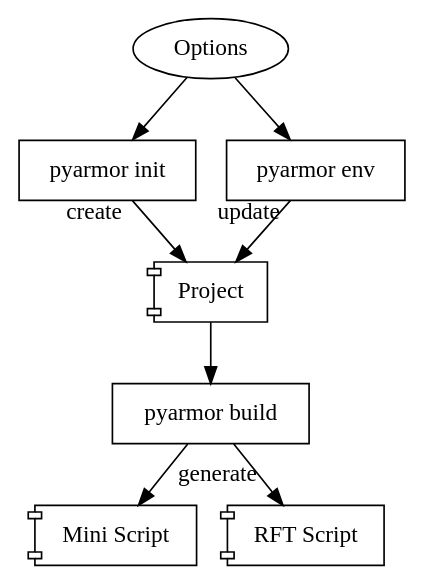
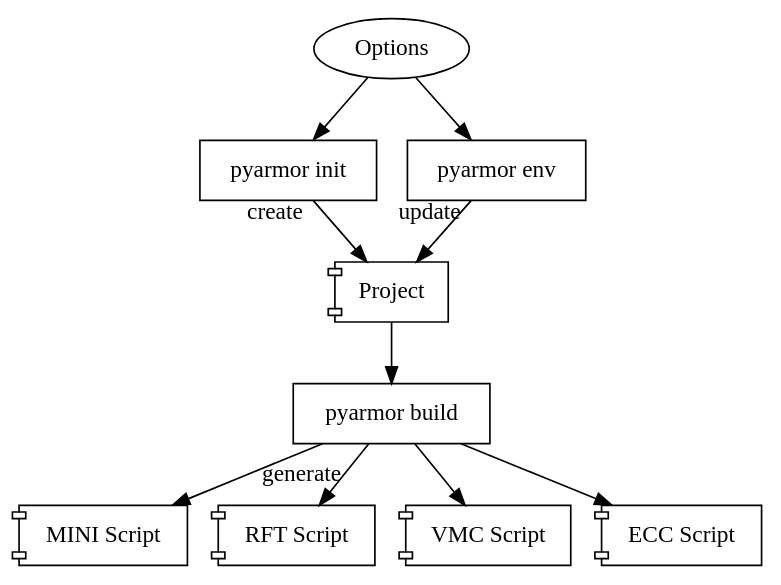
Before and after one commit to dashingsoft/dashingsoft.github.io: the third of 3 diagrams in pyarmor/docs/en/user/concepts.rst, drawn with Graphviz. The commit also changed other lines of this file and 7 other files, not shown here.

Commit message:
Doc vmc and ecc script

```diff
--- a/pyarmor/docs/en/user/concepts.rst
+++ b/pyarmor/docs/en/user/concepts.rst
@@ -106,28 +221,32 @@
 .. graphviz::
    :align: center
    :caption: Command Relations
    :name: command-relation-graph
 
    digraph Structure {
 
      P1 [label="Project" shape=component]
 
      C1 [label="pyarmor init" shape=rect]
      C2 [label="pyarmor env" shape=rect]
      C3 [label="pyarmor build" shape=rect]
 
      X1 [label="Options"]
 
-     S1 [label="Mini Script" shape=component]
+     S1 [label="MINI Script" shape=component]
      S2 [label="RFT Script" shape=component]
+     S3 [label="VMC Script" shape=component]
+     S4 [label="ECC Script" shape=component]
 
      X1->C1
      C1->P1 [taillabel="create"]
 
      X1->C2
      C2->P1 [taillabel="update"]
 
      P1->C3
      C3->S1 [label="generate" labelfloat=true]
      C3->S2
+     C3->S3
+     C3->S4
    }
```
